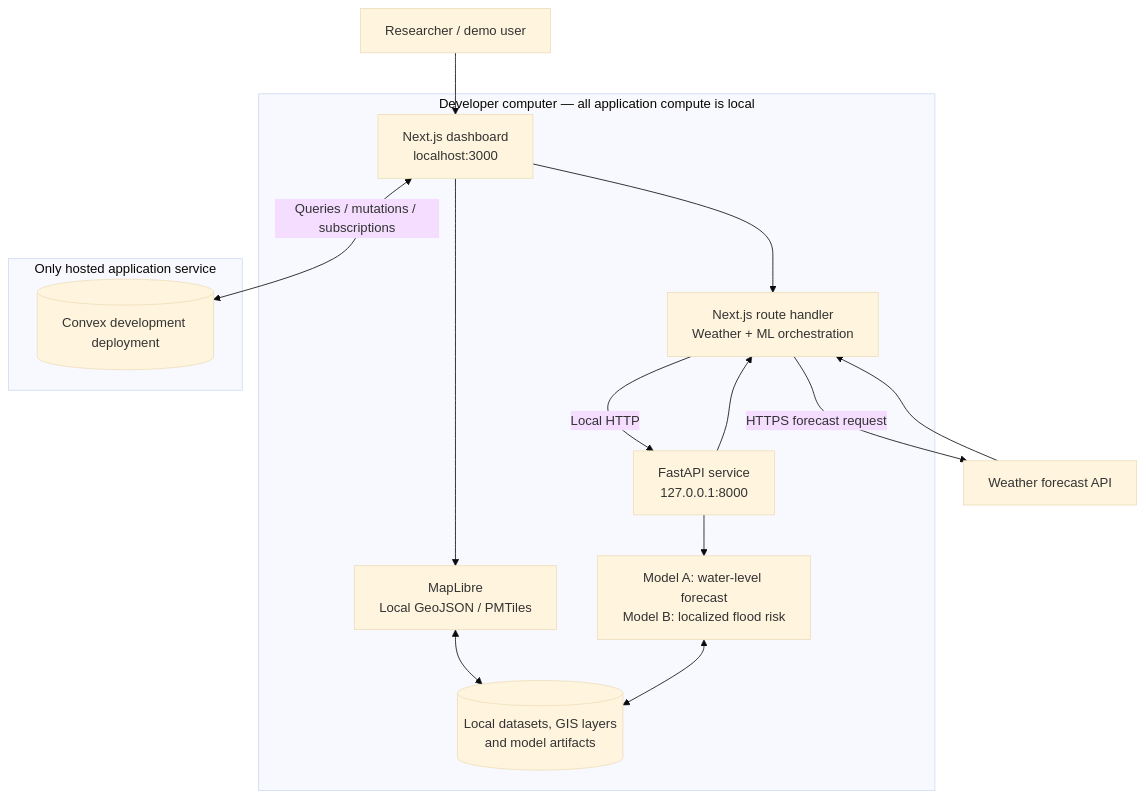
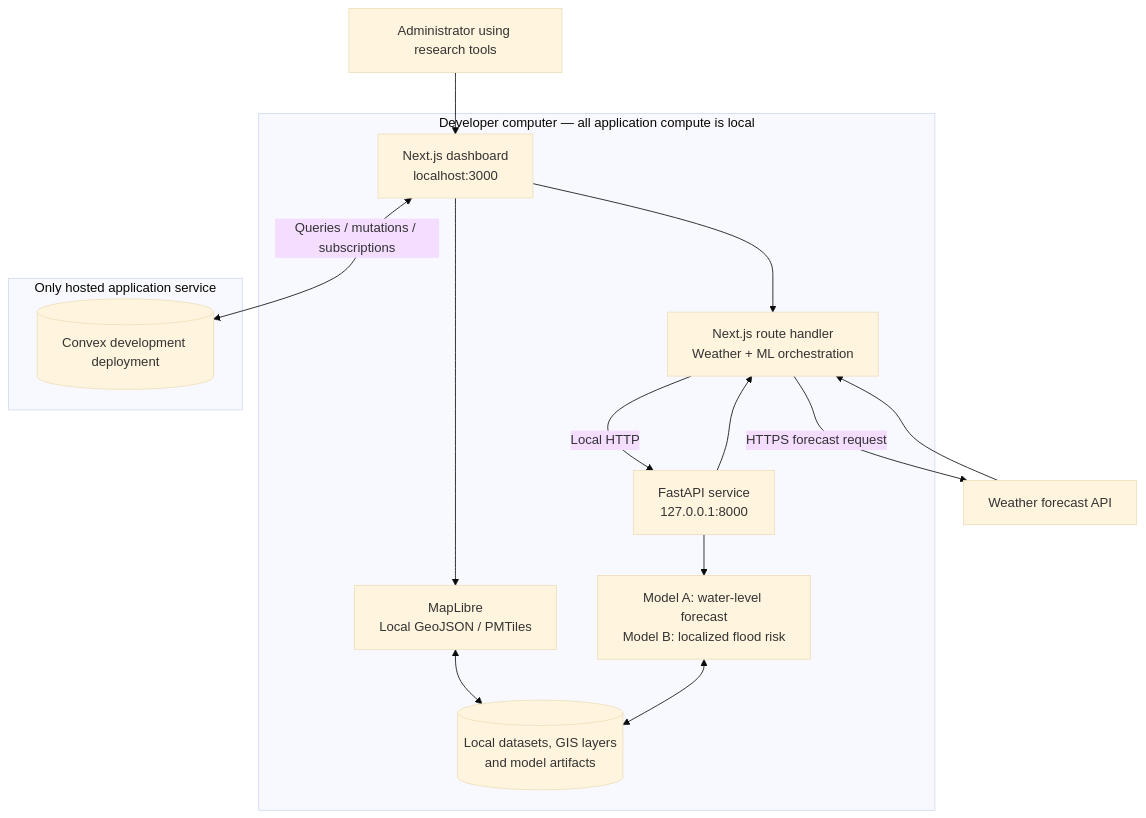
Before and after one commit to ZealStyx/RiverGuard-dev: the first of 2 diagrams in docs/architecture/riverguard-architecture.md, drawn with Mermaid (base theme). The commit also changed other lines of this file and 8 other files, not shown here.

````diff
--- a/docs/architecture/riverguard-architecture.md
+++ b/docs/architecture/riverguard-architecture.md
@@ -141,31 +141,31 @@
 ```mermaid
 flowchart TB
-    USER[Researcher / demo user]
+    USER[Administrator using research tools]
 
     subgraph LOCAL[Developer computer — all application compute is local]
         WEB[Next.js dashboard\nlocalhost:3000]
         ROUTE[Next.js route handler\nWeather + ML orchestration]
         MAP[MapLibre\nLocal GeoJSON / PMTiles]
         ML[FastAPI service\n127.0.0.1:8000]
         MODELS[Model A: water-level forecast\nModel B: localized flood risk]
         FILES[(Local datasets, GIS layers\nand model artifacts)]
     end
 
     subgraph HOSTED[Only hosted application service]
         CONVEX[(Convex development deployment)]
     end
 
     WEATHER[Weather forecast API]
 
     USER --> WEB
     WEB --> MAP
     MAP <--> FILES
     WEB --> ROUTE
     ROUTE -->|HTTPS forecast request| WEATHER
     WEATHER --> ROUTE
     ROUTE -->|Local HTTP| ML
     ML --> MODELS
     MODELS <--> FILES
     ML --> ROUTE
     WEB <-->|Queries / mutations / subscriptions| CONVEX
 ```
````
